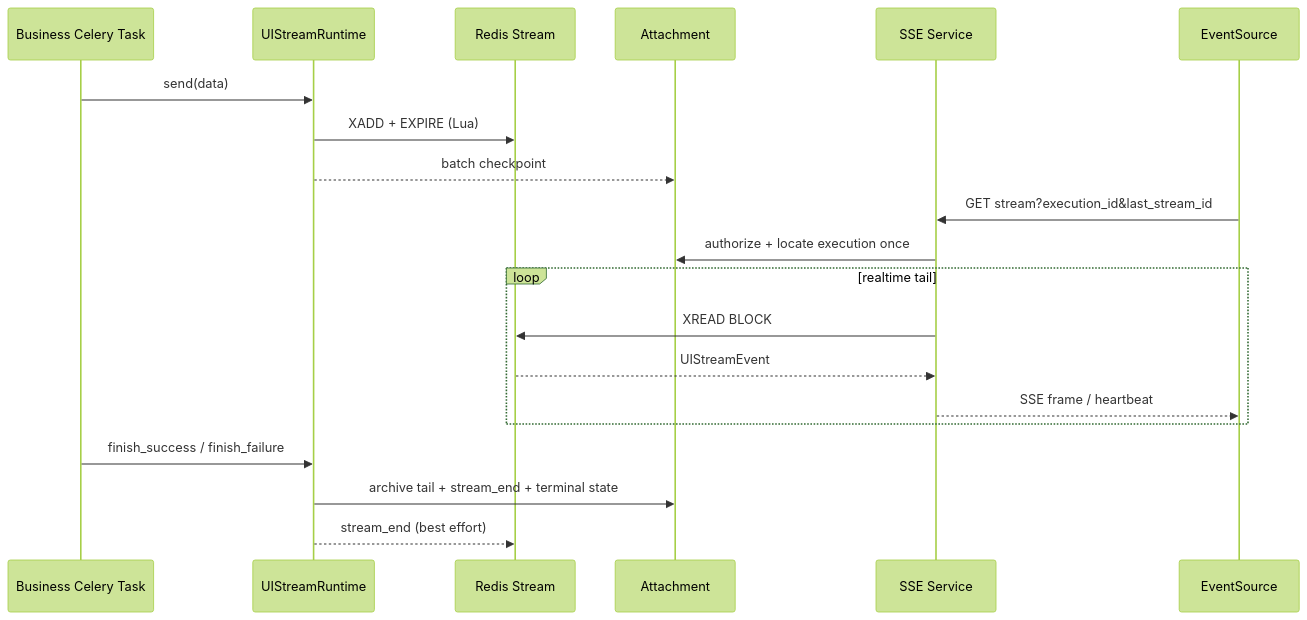
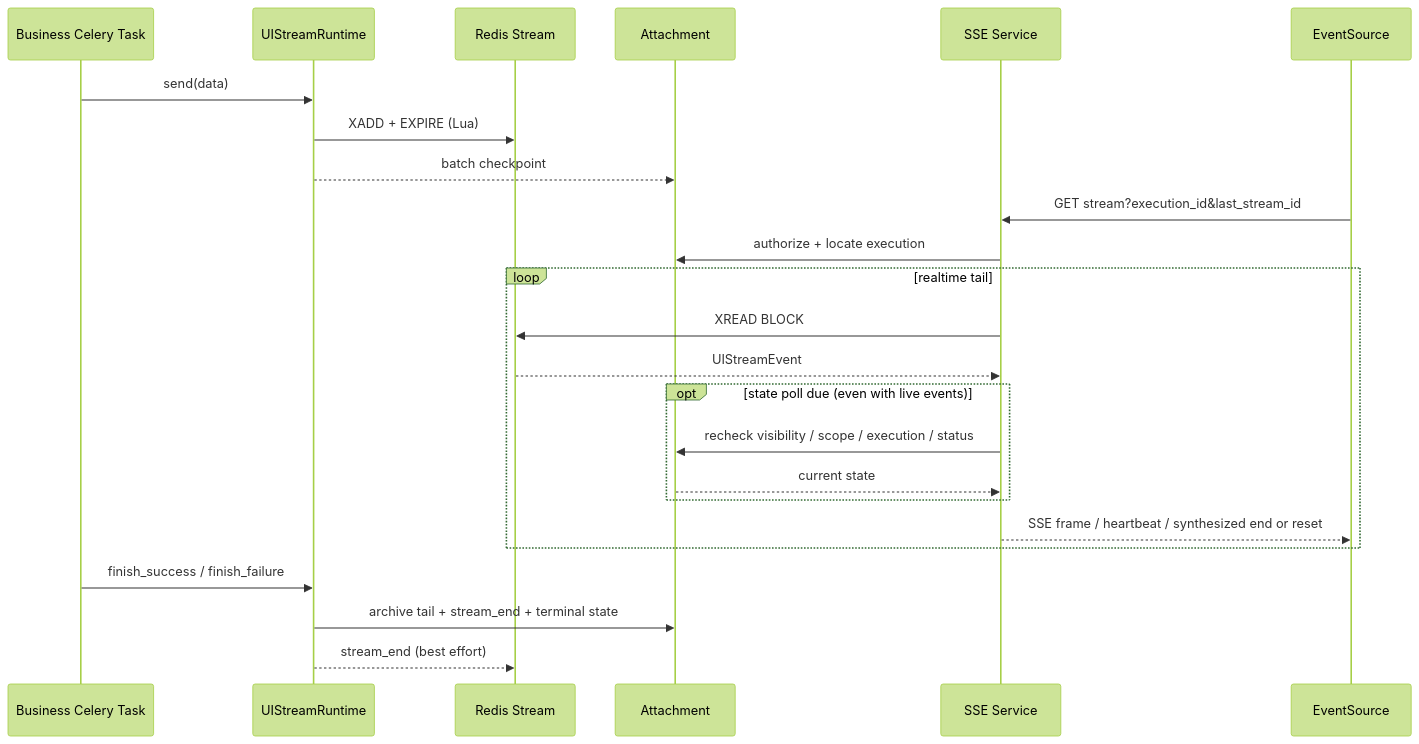
Before and after one commit to TencentBlueKing/bk-audit: the second of 4 diagrams in src/backend/services/web/ai_assistant/streaming/README.md, drawn with Mermaid (forest theme). The commit also changed other lines of this file and 32 other files, not shown here.

````diff
--- a/src/backend/services/web/ai_assistant/streaming/README.md
+++ b/src/backend/services/web/ai_assistant/streaming/README.md
@@ -44,23 +63,27 @@
 ```mermaid
 sequenceDiagram
     participant Task as Business Celery Task
     participant Runtime as UIStreamRuntime
     participant Redis as Redis Stream
     participant MySQL as Attachment
     participant SSE as SSE Service
     participant FE as EventSource
 
     Task->>Runtime: send(data)
     Runtime->>Redis: XADD + EXPIRE (Lua)
     Runtime-->>MySQL: batch checkpoint
     FE->>SSE: GET stream?execution_id&last_stream_id
-    SSE->>MySQL: authorize + locate execution once
+    SSE->>MySQL: authorize + locate execution
     loop realtime tail
         SSE->>Redis: XREAD BLOCK
         Redis-->>SSE: UIStreamEvent
-        SSE-->>FE: SSE frame / heartbeat
+        opt state poll due (even with live events)
+            SSE->>MySQL: recheck visibility / scope / execution / status
+            MySQL-->>SSE: current state
+        end
+        SSE-->>FE: SSE frame / heartbeat / synthesized end or reset
     end
     Task->>Runtime: finish_success / finish_failure
     Runtime->>MySQL: archive tail + stream_end + terminal state
     Runtime-->>Redis: stream_end (best effort)
 ```
````
